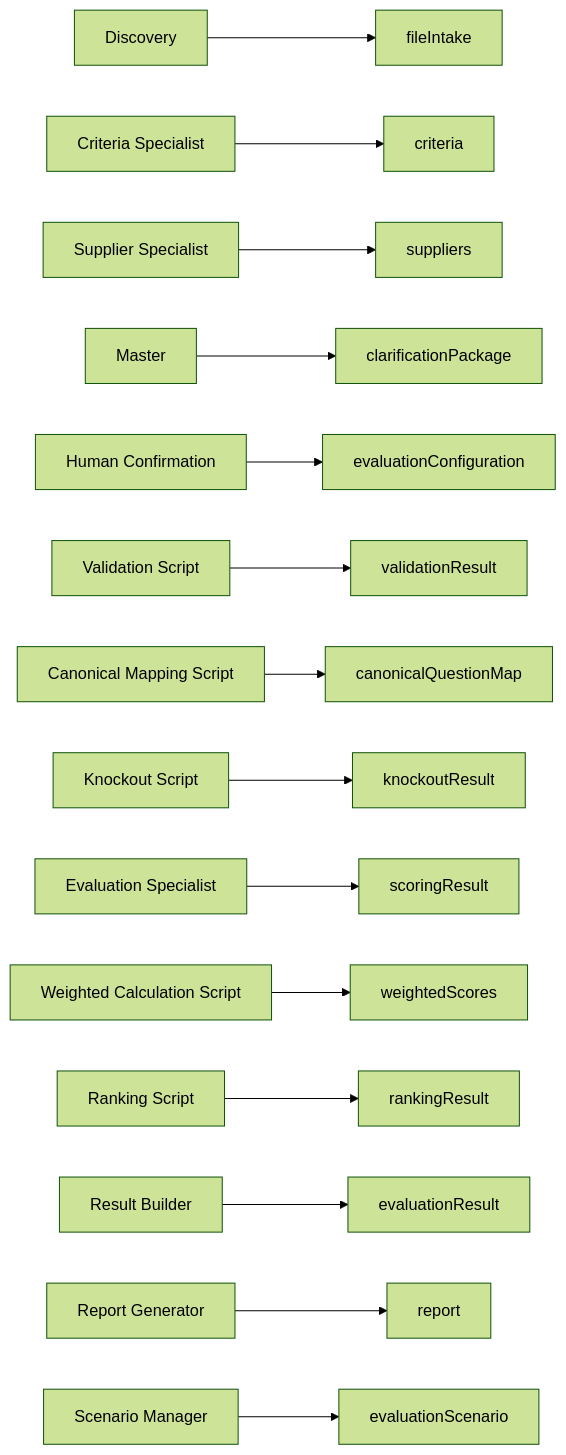
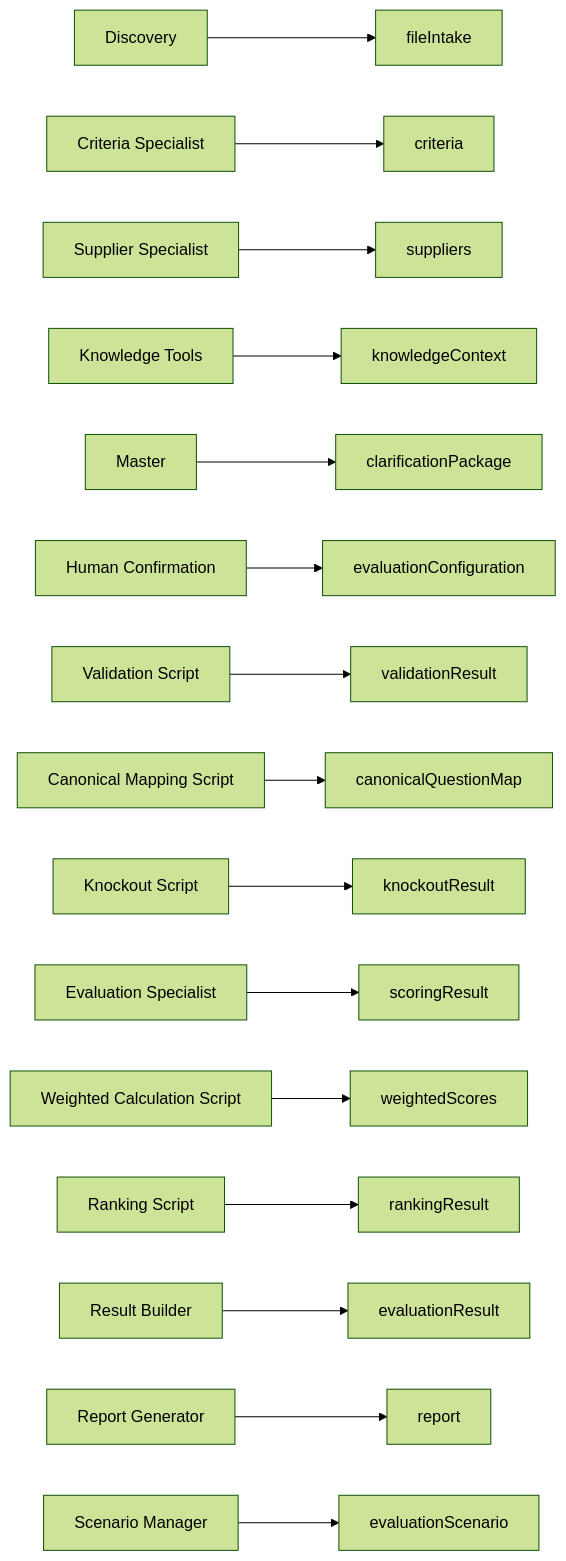
One commit to adityarane-ai/Agentic-Orchestrations changed the second of 2 diagrams in Bid Analysis Agent/05A-Data-Flow-Architecture.md. Above: the diagram before and after it, drawn with Mermaid (forest theme). The commit also changed other lines of this file, not shown here.

Commit message:
Add GEP knowledge layer to data flow and governance

````diff
--- a/Bid Analysis Agent/05A-Data-Flow-Architecture.md
+++ b/Bid Analysis Agent/05A-Data-Flow-Architecture.md
@@ -98,17 +114,18 @@
 ```mermaid
 flowchart LR
     FI[Discovery] --> fileIntake
     C[Criteria Specialist] --> criteria
     S[Supplier Specialist] --> suppliers
+    K[Knowledge Tools] --> knowledgeContext
     M[Master] --> clarificationPackage
     H[Human Confirmation] --> evaluationConfiguration
     V[Validation Script] --> validationResult
     CM[Canonical Mapping Script] --> canonicalQuestionMap
-    K[Knockout Script] --> knockoutResult
+    KO[Knockout Script] --> knockoutResult
     E[Evaluation Specialist] --> scoringResult
     W[Weighted Calculation Script] --> weightedScores
     R[Ranking Script] --> rankingResult
     RB[Result Builder] --> evaluationResult
     RG[Report Generator] --> report
     SC[Scenario Manager] --> evaluationScenario
 ```
````
